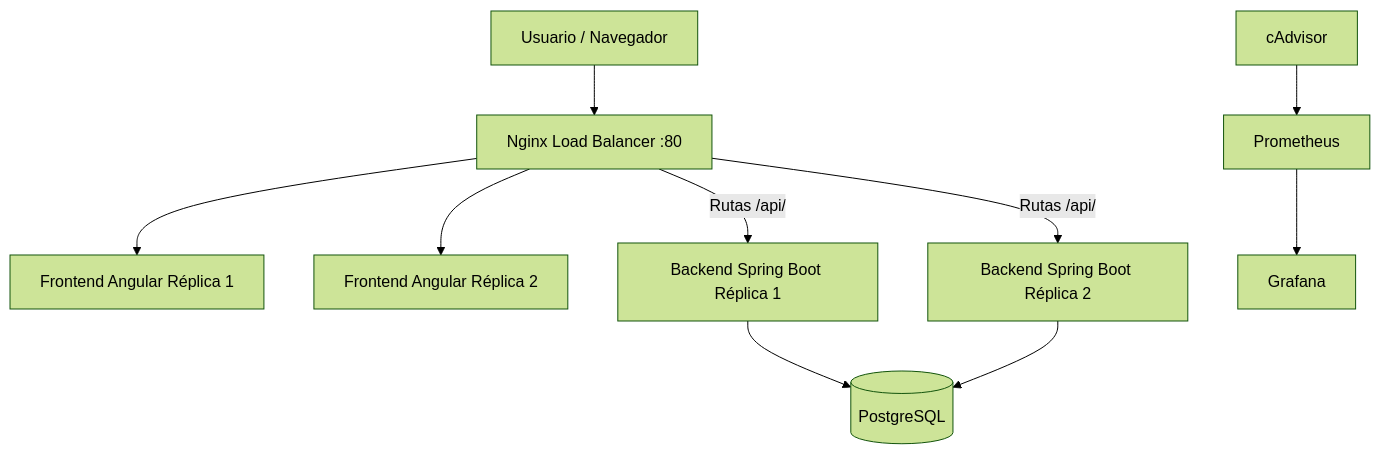
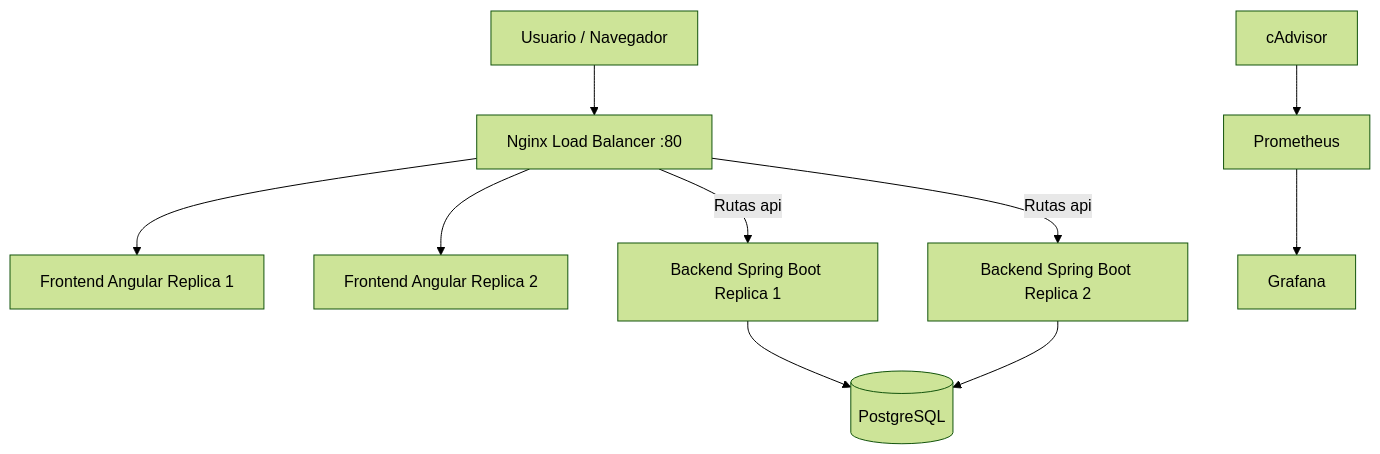
Before and after one commit to 01Javier/Proyecto-Sistemas-Operativos2: the diagram in README.md, drawn with Mermaid (forest theme). The commit also changed other lines of this file, not shown here.

````diff
--- a/README.md
+++ b/README.md
@@ -45,16 +53,16 @@
 ```mermaid
 flowchart TD
     U["Usuario / Navegador"] --> N["Nginx Load Balancer :80"]
 
-    N --> F1["Frontend Angular Réplica 1"]
-    N --> F2["Frontend Angular Réplica 2"]
+    N --> F1["Frontend Angular Replica 1"]
+    N --> F2["Frontend Angular Replica 2"]
 
-    N -->|"Rutas /api/"| B1["Backend Spring Boot Réplica 1"]
-    N -->|"Rutas /api/"| B2["Backend Spring Boot Réplica 2"]
+    N -->|Rutas api| B1["Backend Spring Boot Replica 1"]
+    N -->|Rutas api| B2["Backend Spring Boot Replica 2"]
 
-    B1 --> DB[("PostgreSQL")]
+    B1 --> DB[(PostgreSQL)]
     B2 --> DB
 
     C["cAdvisor"] --> P["Prometheus"]
     P --> G["Grafana"]
 ```
````
